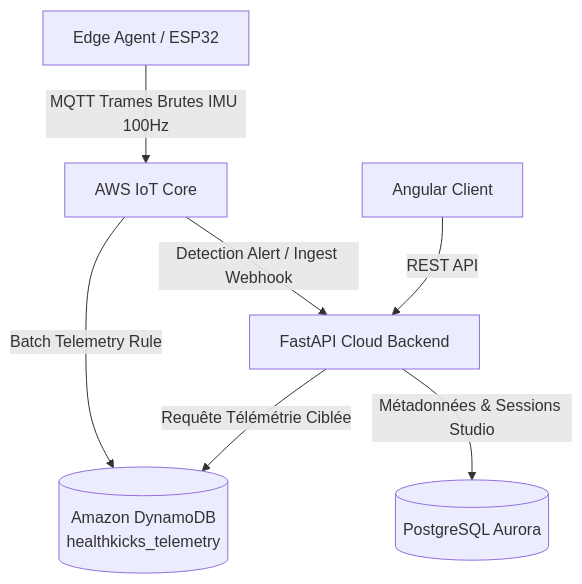
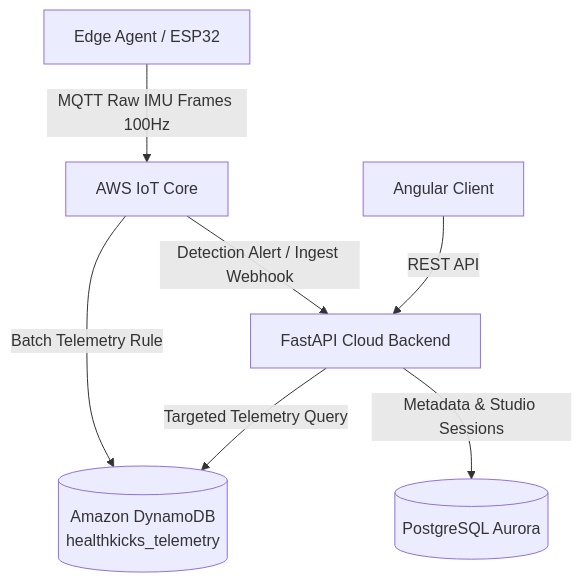
One commit to daverck/health-kicks-ecosystem changed the first of 2 diagrams in docs/architecture/invariants.md. Above: the diagram before and after it, drawn with Mermaid. The commit also changed other lines of this file and 20 other files, not shown here.

````diff
--- a/docs/architecture/invariants.md
+++ b/docs/architecture/invariants.md
@@ -11,9 +11,9 @@
 ```mermaid
 flowchart TD
-    Edge[Edge Agent / ESP32] -->|MQTT Trames Brutes IMU 100Hz| IoTCore[AWS IoT Core]
+    Edge[Edge Agent / ESP32] -->|MQTT Raw IMU Frames 100Hz| IoTCore[AWS IoT Core]
     IoTCore -->|Batch Telemetry Rule| DynamoDB[(Amazon DynamoDB\nhealthkicks_telemetry)]
     IoTCore -->|Detection Alert / Ingest Webhook| Backend[FastAPI Cloud Backend]
-    Backend -->|Métadonnées & Sessions Studio| Aurora[(PostgreSQL Aurora)]
-    Backend -->|Requête Télémétrie Ciblée| DynamoDB
+    Backend -->|Metadata & Studio Sessions| Aurora[(PostgreSQL Aurora)]
+    Backend -->|Targeted Telemetry Query| DynamoDB
     Frontend[Angular Client] -->|REST API| Backend
 ```
````
